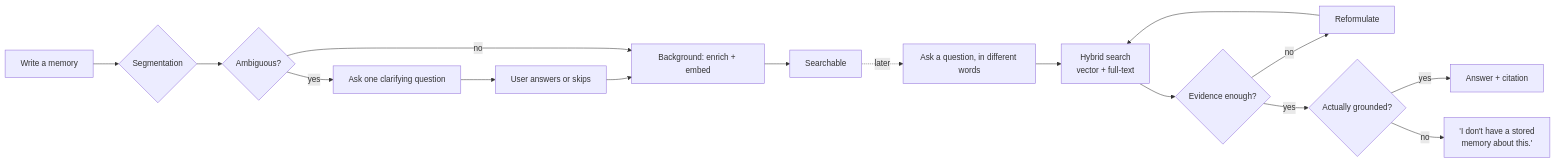
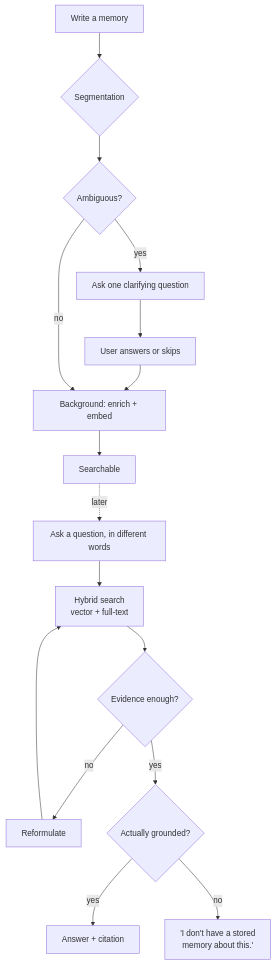
The second of 2 diagrams in README.md (LuxKaiwalker/membase), drawn with Mermaid before and after one commit. The commit also changed other lines of this file, not shown here.

First line of the commit message:
README: make the Workflow diagram vertical, drop <details> wrappers on diagram notes

````diff
--- a/README.md
+++ b/README.md
@@ -85,18 +86,18 @@
 ```mermaid
-flowchart LR
+flowchart TD
     W[Write a memory] --> SEG{Segmentation}
     SEG --> Q{Ambiguous?}
     Q -->|yes| ASK[Ask one clarifying question]
     ASK --> ANS[User answers or skips]
     ANS --> ENRICH
     Q -->|no| ENRICH["Background: enrich + embed"]
     ENRICH --> READY[Searchable]
 
     READY -. later .-> QUERY[Ask a question, in different words]
     QUERY --> SEARCH["Hybrid search<br/>vector + full-text"]
     SEARCH --> EVAL{Evidence enough?}
     EVAL -->|no| REFORM[Reformulate] --> SEARCH
     EVAL -->|yes| GROUND{Actually grounded?}
     GROUND -->|yes| OUT["Answer + citation"]
     GROUND -->|no| ABSTAIN["'I don't have a stored<br/>memory about this.'"]
 ```
````
